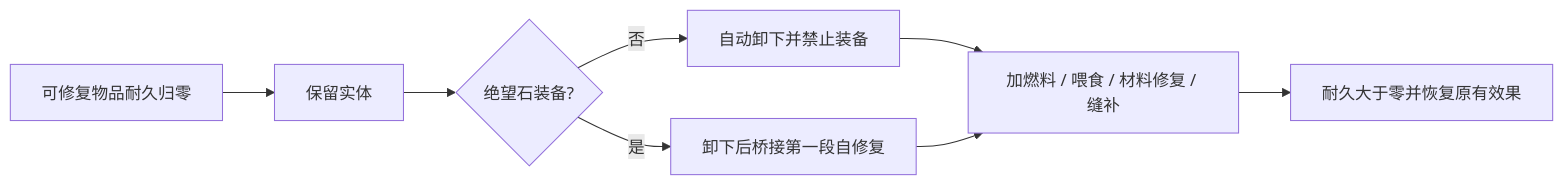
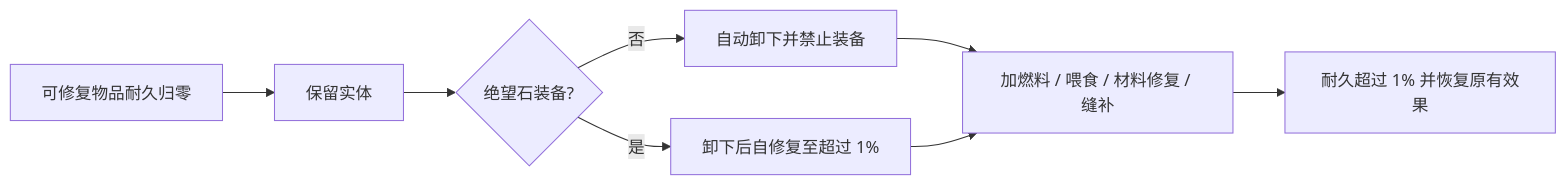
The diagram in no-break-repairables/README.md (jimuyang/dst-mod), drawn with Mermaid before and after one commit. The commit also changed other lines of this file and 6 other files, not shown here.

````diff
--- a/no-break-repairables/README.md
+++ b/no-break-repairables/README.md
@@ -7,10 +7,10 @@
 ```mermaid
 flowchart LR
     A[可修复物品耐久归零] --> B[保留实体]
     B --> C{绝望石装备?}
     C -- 否 --> D[自动卸下并禁止装备]
-    C -- 是 --> E[卸下后桥接第一段自修复]
+    C -- 是 --> E[卸下后自修复至超过 1%]
     D --> F[加燃料 / 喂食 / 材料修复 / 缝补]
     E --> F
-    F --> G[耐久大于零并恢复原有效果]
+    F --> G[耐久超过 1% 并恢复原有效果]
 ```
````
